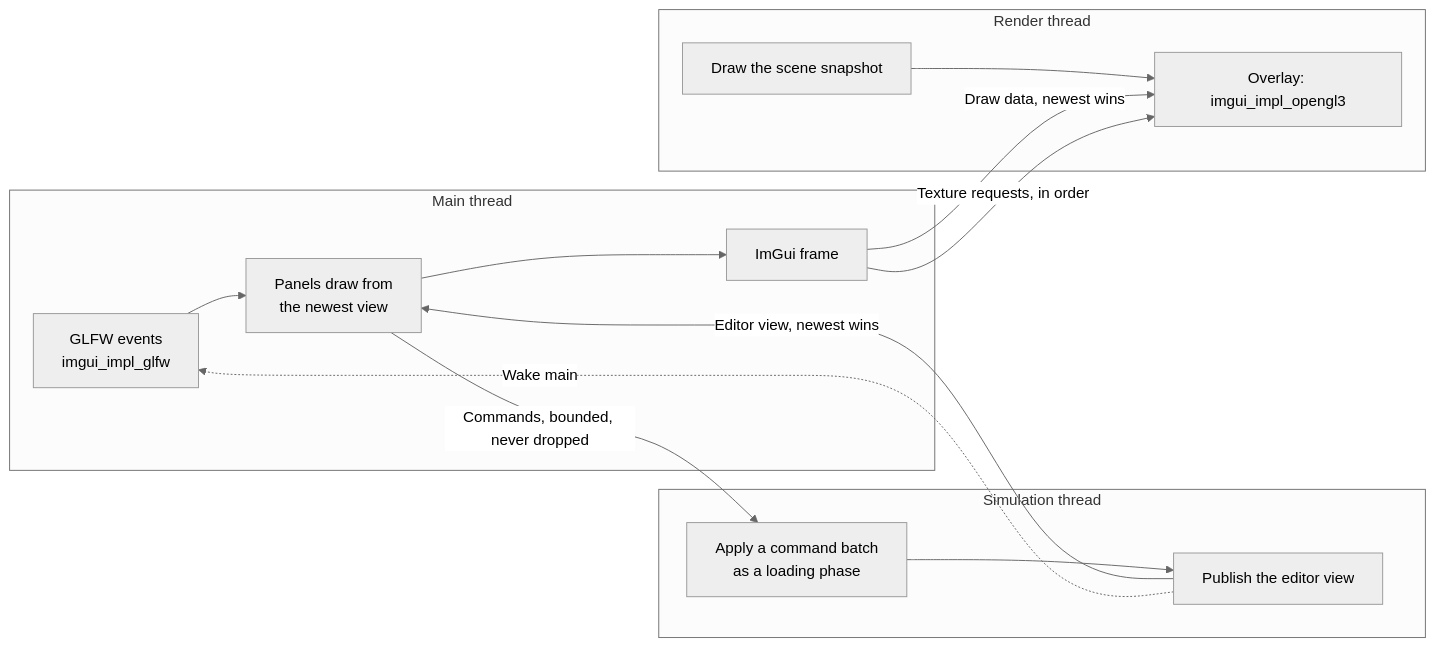
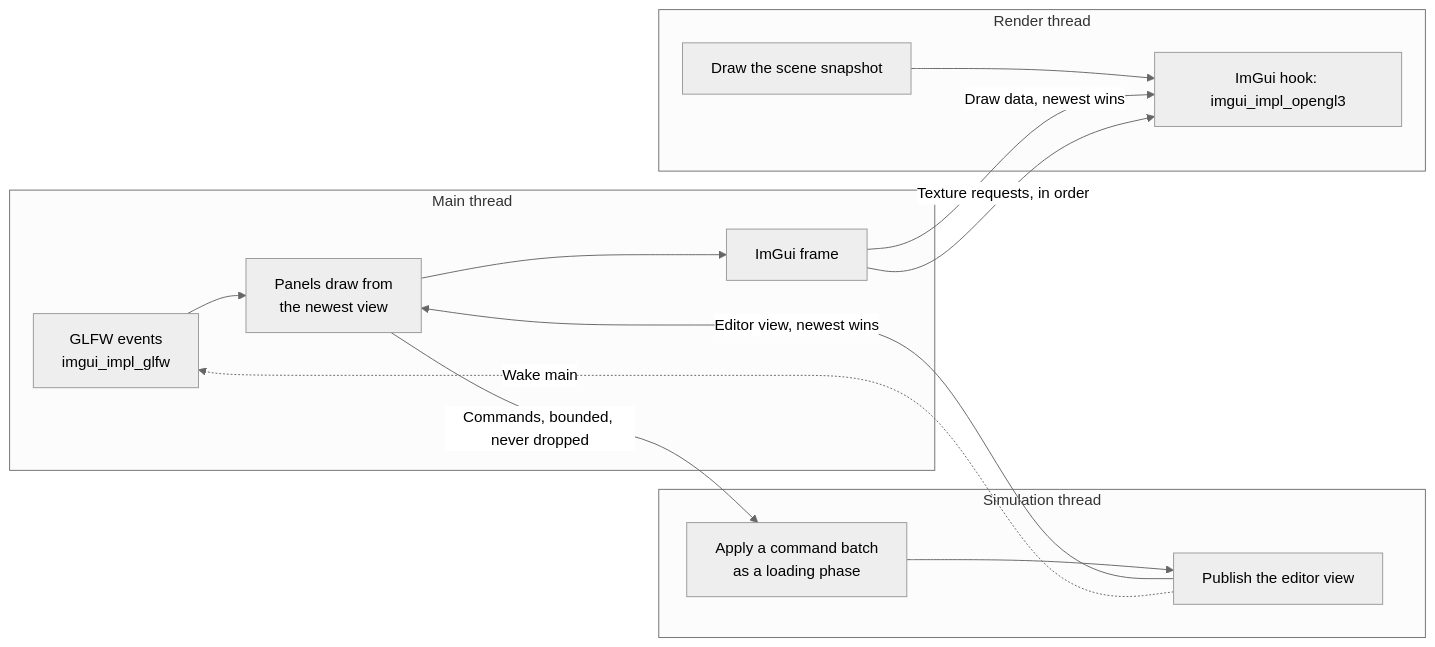
The diagram in 04 Design Docs/Systems/Editor - Design.md (techattackteam/TechEngine-vault), drawn with Mermaid (neutral theme) before and after one commit. The commit also changed other lines of this file and 1 other file, not shown here.

First line of the commit message:
Editor design: name the seam ImGuiHook and create the ImGui context before startClient

````diff
--- a/04 Design Docs/Systems/Editor - Design.md
+++ b/04 Design Docs/Systems/Editor - Design.md
@@ -53,24 +53,24 @@
 ```mermaid
 flowchart LR
     subgraph Main["Main thread"]
         E["GLFW events<br/>imgui_impl_glfw"]
         P["Panels draw from<br/>the newest view"]
         F["ImGui frame"]
         E --> P --> F
     end
     subgraph Sim["Simulation thread"]
         A["Apply a command batch<br/>as a loading phase"]
         V["Publish the editor view"]
         A --> V
     end
     subgraph Render["Render thread"]
         S["Draw the scene snapshot"]
-        O["Overlay: imgui_impl_opengl3"]
+        O["ImGui hook: imgui_impl_opengl3"]
         S --> O
     end
     P -->|"Commands, bounded, never dropped"| A
     V -->|"Editor view, newest wins"| P
     V -.->|"Wake main"| E
     F -->|"Draw data, newest wins"| O
     F -->|"Texture requests, in order"| O
 ```
````
